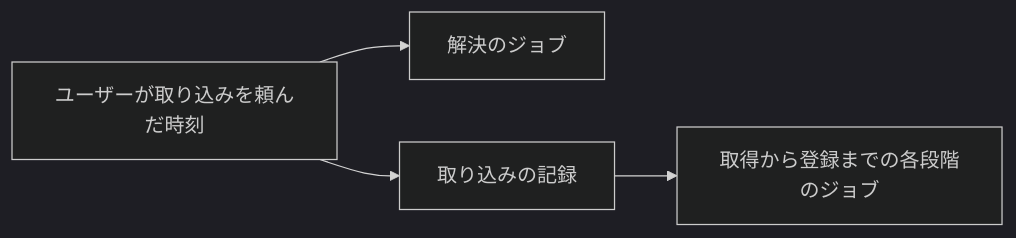
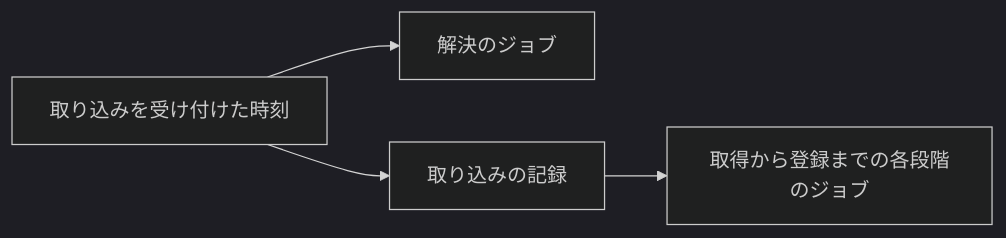
The first of 2 diagrams in docs/design/0026_ingest_one_paper_at_a_time.md (MatchaChoco010/carrel), drawn with Mermaid (dark theme) before and after one commit. The commit also changed other lines of this file and 1 other file, not shown here.

````diff
--- a/docs/design/0026_ingest_one_paper_at_a_time.md
+++ b/docs/design/0026_ingest_one_paper_at_a_time.md
@@ -87,6 +88,6 @@
 ```mermaid
 flowchart LR
-  T["ユーザーが取り込みを頼んだ時刻"] --> R["解決のジョブ"]
+  T["取り込みを受け付けた時刻"] --> R["解決のジョブ"]
   T --> I["取り込みの記録"]
   I --> S["取得から登録までの各段階のジョブ"]
 ```
````
